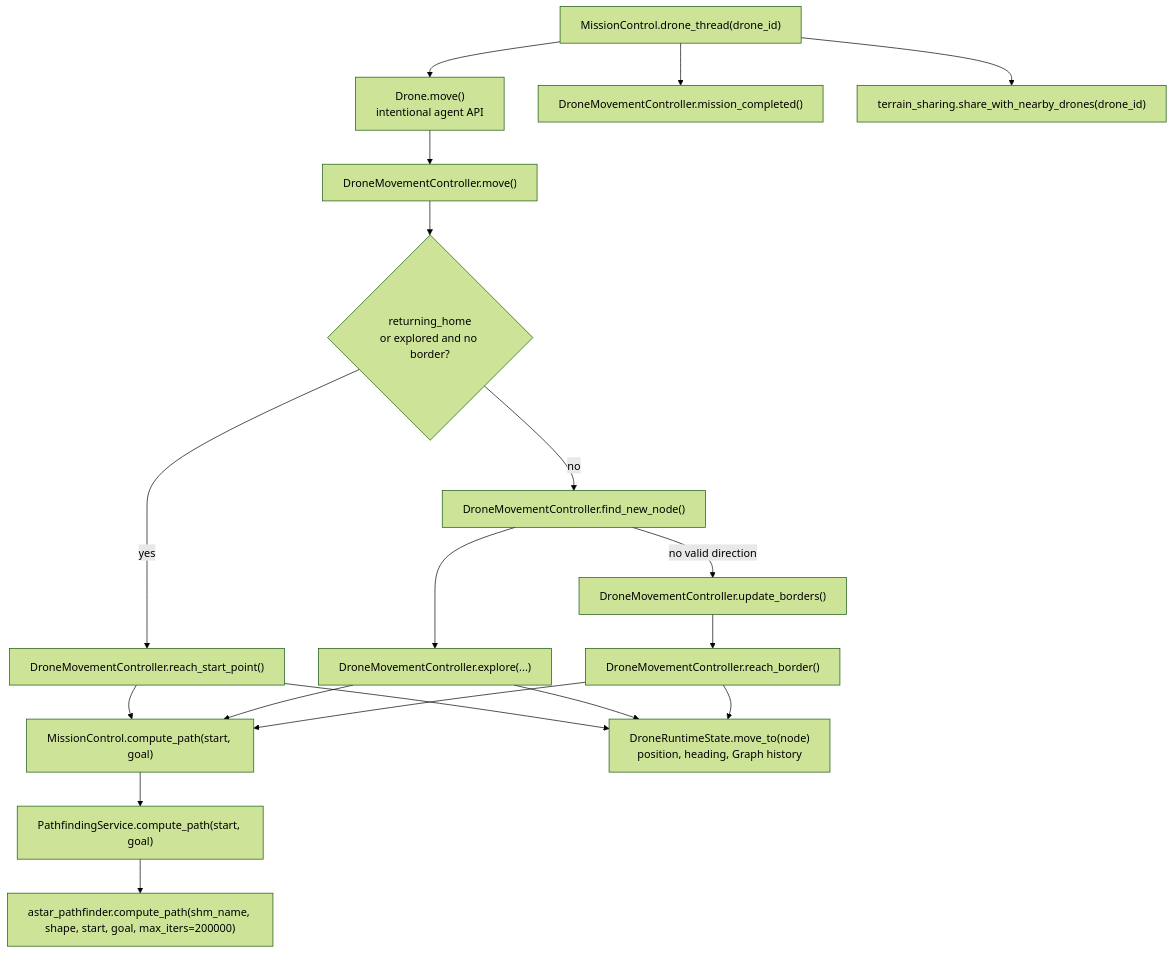
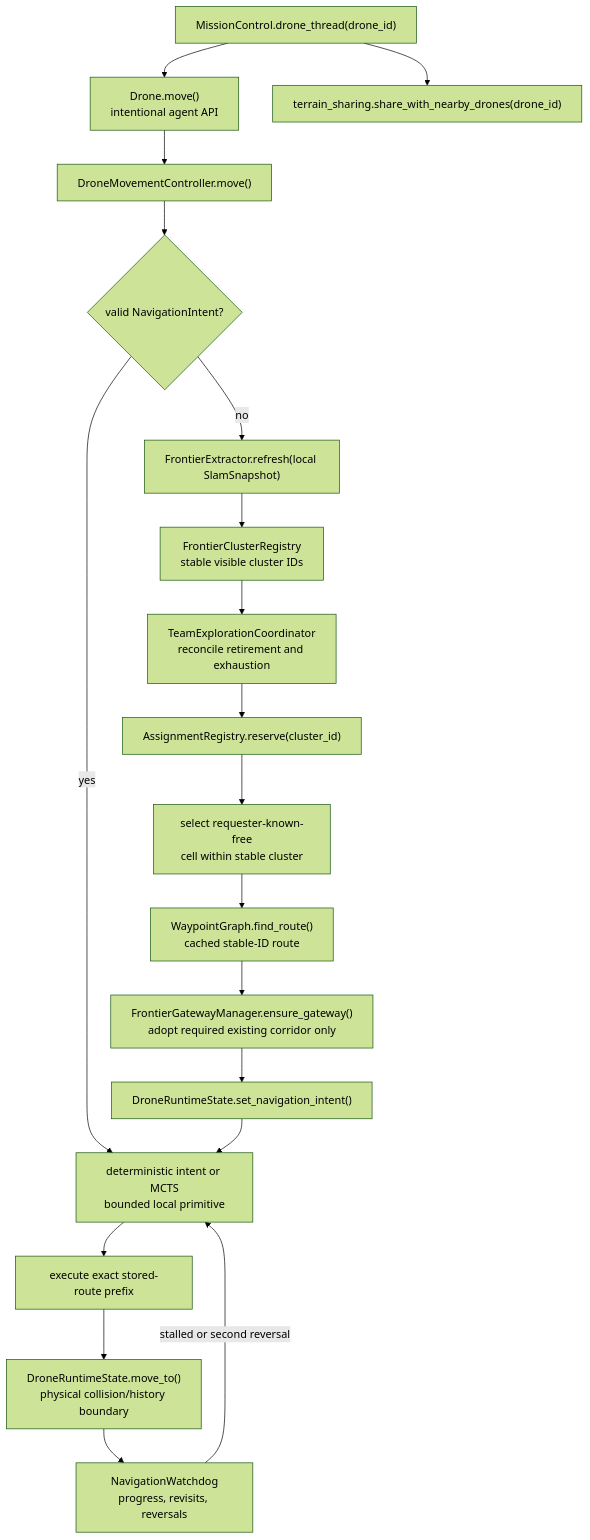
One commit to Gmark117/Cave_Game changed the seventh of 14 diagrams in docs/CODEFLOW.md. Above: the diagram before and after it, drawn with Mermaid (forest theme). The commit also changed other lines of this file and 68 other files, not shown here.

````diff
--- a/docs/CODEFLOW.md
+++ b/docs/CODEFLOW.md
@@ -418,30 +432,27 @@
 ```mermaid
 flowchart TD
     Thread["MissionControl.drone_thread(drone_id)"]
     Move["Drone.move()<br/>intentional agent API"]
     Controller["DroneMovementController.move()"]
-    Complete["DroneMovementController.mission_completed()"]
+    Intent{"valid NavigationIntent?"}
+    Local["deterministic intent or MCTS<br/>bounded local primitive"]
+    Execute["execute exact stored-route prefix"]
+    Watchdog["NavigationWatchdog<br/>progress, revisits, reversals"]
+    Refresh["FrontierExtractor.refresh(local SlamSnapshot)"]
+    Registry["FrontierClusterRegistry<br/>stable visible cluster IDs"]
+    Team["TeamExplorationCoordinator<br/>reconcile retirement and exhaustion"]
+    Reserve["AssignmentRegistry.reserve(cluster_id)"]
+    Waypoint["select requester-known-free<br/>cell within stable cluster"]
+    Gateway["FrontierGatewayManager.ensure_gateway()<br/>adopt required existing corridor only"]
+    Route["WaypointGraph.find_route()<br/>cached stable-ID route"]
+    Latch["DroneRuntimeState.set_navigation_intent()"]
+    Physical["DroneRuntimeState.move_to()<br/>physical collision/history boundary"]
     Share["terrain_sharing.share_with_nearby_drones(drone_id)"]
-    HomeCheck{"returning_home<br/>or explored and no border?"}
-    Start["DroneMovementController.reach_start_point()"]
-    Find["DroneMovementController.find_new_node()"]
-    Explore["DroneMovementController.explore(...)"]
-    UpdateBorders["DroneMovementController.update_borders()"]
-    ReachBorder["DroneMovementController.reach_border()"]
-    Path["MissionControl.compute_path(start, goal)"]
-    Service["PathfindingService.compute_path(start, goal)"]
-    AStar["astar_pathfinder.compute_path(shm_name, shape, start, goal, max_iters=200000)"]
-    Runtime["DroneRuntimeState.move_to(node)<br/>position, heading, Graph history"]
 
-    Thread --> Complete
-    Thread --> Move --> Controller
-    Controller --> HomeCheck
-    HomeCheck -->|"yes"| Start --> Path
-    HomeCheck -->|"no"| Find --> Explore --> Path
-    Find -->|"no valid direction"| UpdateBorders --> ReachBorder --> Path
-    Path --> Service --> AStar
-    Start --> Runtime
-    Explore --> Runtime
-    ReachBorder --> Runtime
+    Thread --> Move --> Controller --> Intent
+    Intent -->|"yes"| Local --> Execute --> Physical --> Watchdog
+    Intent -->|"no"| Refresh --> Registry --> Team --> Reserve --> Waypoint --> Route --> Gateway --> Latch
+    Latch --> Local
+    Watchdog -->|"stalled or second reversal"| Local
     Thread --> Share
 ```
````
